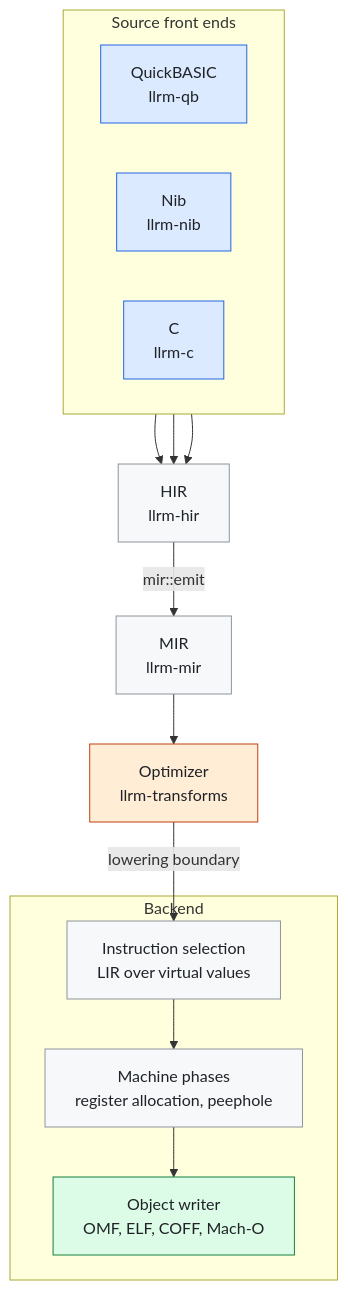
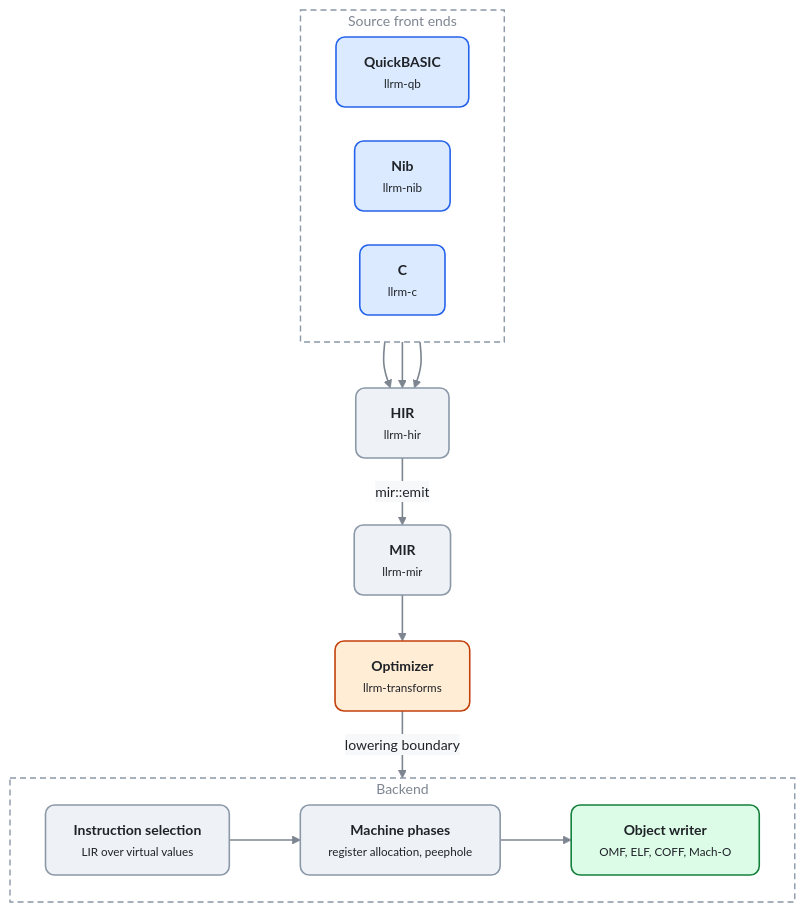
Before and after one commit to ali-mosavian/llrm: the first of 5 diagrams in docs/working/mermaid-trial.md, drawn with Mermaid. The commit also changed other lines of this file, not shown here.

Commit message:
docs: the mermaid trial gets one shared style, a block diagram for the stack and spacing for the timeline

````diff
--- a/docs/working/mermaid-trial.md
+++ b/docs/working/mermaid-trial.md
@@ -7,22 +21,29 @@
 ```mermaid
+%%{init: {'theme':'base','themeVariables':{'fontFamily':'Segoe UI, Helvetica Neue, Arial, DejaVu Sans, sans-serif','fontSize':'14px','primaryColor':'#eef2f7','primaryTextColor':'#1f2328','primaryBorderColor':'#8b98a8','lineColor':'#7d8590','secondaryColor':'#eef2f7','tertiaryColor':'transparent','clusterBkg':'transparent','clusterBorder':'#8b98a8','edgeLabelBackground':'#f6f8fa','textColor':'#7d8590','titleColor':'#7d8590'},'flowchart':{'curve':'basis','nodeSpacing':34,'rankSpacing':46,'padding':14,'htmlLabels':true,'useMaxWidth':true}}}%%
 flowchart TB
-  classDef src fill:#dbeafe,stroke:#2563eb,color:#1f2328
-  classDef mid fill:#f6f8fa,stroke:#8c959f,color:#1f2328
-  classDef opt fill:#ffedd5,stroke:#c2410c,color:#1f2328
-  classDef out fill:#dcfce7,stroke:#15803d,color:#1f2328
+  classDef src  fill:#dbeafe,stroke:#2563eb,stroke-width:1.6px,color:#1f2328,rx:9px,ry:9px
+  classDef mid  fill:#eef2f7,stroke:#8b98a8,stroke-width:1.6px,color:#1f2328,rx:9px,ry:9px
+  classDef opt  fill:#ffedd5,stroke:#c2410c,stroke-width:1.6px,color:#1f2328,rx:9px,ry:9px
+  classDef out  fill:#dcfce7,stroke:#15803d,stroke-width:1.6px,color:#1f2328,rx:9px,ry:9px
+  classDef data fill:#f3e8ff,stroke:#7e22ce,stroke-width:1.6px,color:#1f2328,rx:9px,ry:9px
+  classDef warn fill:#fee2e2,stroke:#b91c1c,stroke-width:1.6px,color:#1f2328,rx:9px,ry:9px
+  classDef note fill:transparent,stroke:transparent,color:#7d8590
+  linkStyle default stroke:#7d8590,stroke-width:1.6px
   subgraph front["Source front ends"]
     direction LR
-    qb["QuickBASIC<br/>llrm-qb"]:::src
-    nib["Nib<br/>llrm-nib"]:::src
-    c["C<br/>llrm-c"]:::src
+    qb["<b>QuickBASIC</b><br/><small>llrm-qb</small>"]:::src
+    nib["<b>Nib</b><br/><small>llrm-nib</small>"]:::src
+    c["<b>C</b><br/><small>llrm-c</small>"]:::src
   end
   qb --> hir
   nib --> hir
   c --> hir
-  hir["HIR<br/>llrm-hir"]:::mid -->|mir::emit| mir["MIR<br/>llrm-mir"]:::mid
-  mir --> opt["Optimizer<br/>llrm-transforms"]:::opt
-  opt -->|lowering boundary| sel
+  hir["<b>HIR</b><br/><small>llrm-hir</small>"]:::mid -->|mir::emit| mir["<b>MIR</b><br/><small>llrm-mir</small>"]:::mid
+  mir --> opt["<b>Optimizer</b><br/><small>llrm-transforms</small>"]:::opt
+  opt -->|lowering boundary| back
   subgraph back["Backend"]
-    sel["Instruction selection<br/>LIR over virtual values"]:::mid --> ph["Machine phases<br/>register allocation, peephole"]:::mid --> obj["Object writer<br/>OMF, ELF, COFF, Mach-O"]:::out
+    sel["<b>Instruction selection</b><br/><small>LIR over virtual values</small>"]:::mid --> ph["<b>Machine phases</b><br/><small>register allocation, peephole</small>"]:::mid --> obj["<b>Object writer</b><br/><small>OMF, ELF, COFF, Mach-O</small>"]:::out
   end
+  style front stroke:#8b98a8,stroke-width:1.4px,stroke-dasharray:6 4,fill:transparent,color:#7d8590
+  style back stroke:#8b98a8,stroke-width:1.4px,stroke-dasharray:6 4,fill:transparent,color:#7d8590
 ```
````
